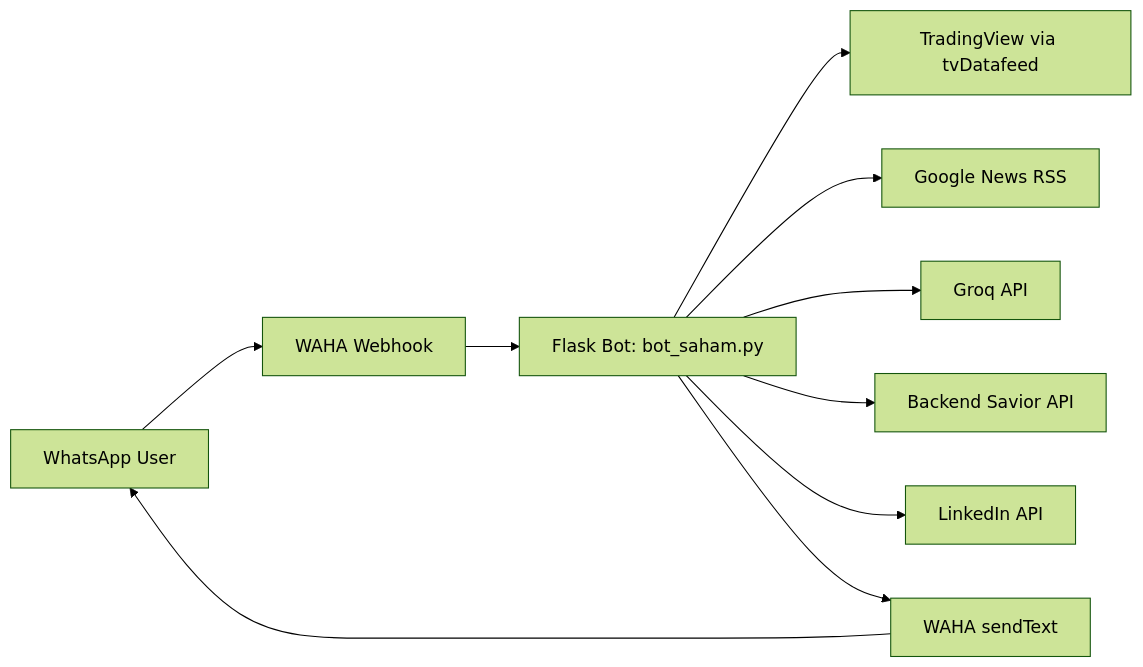
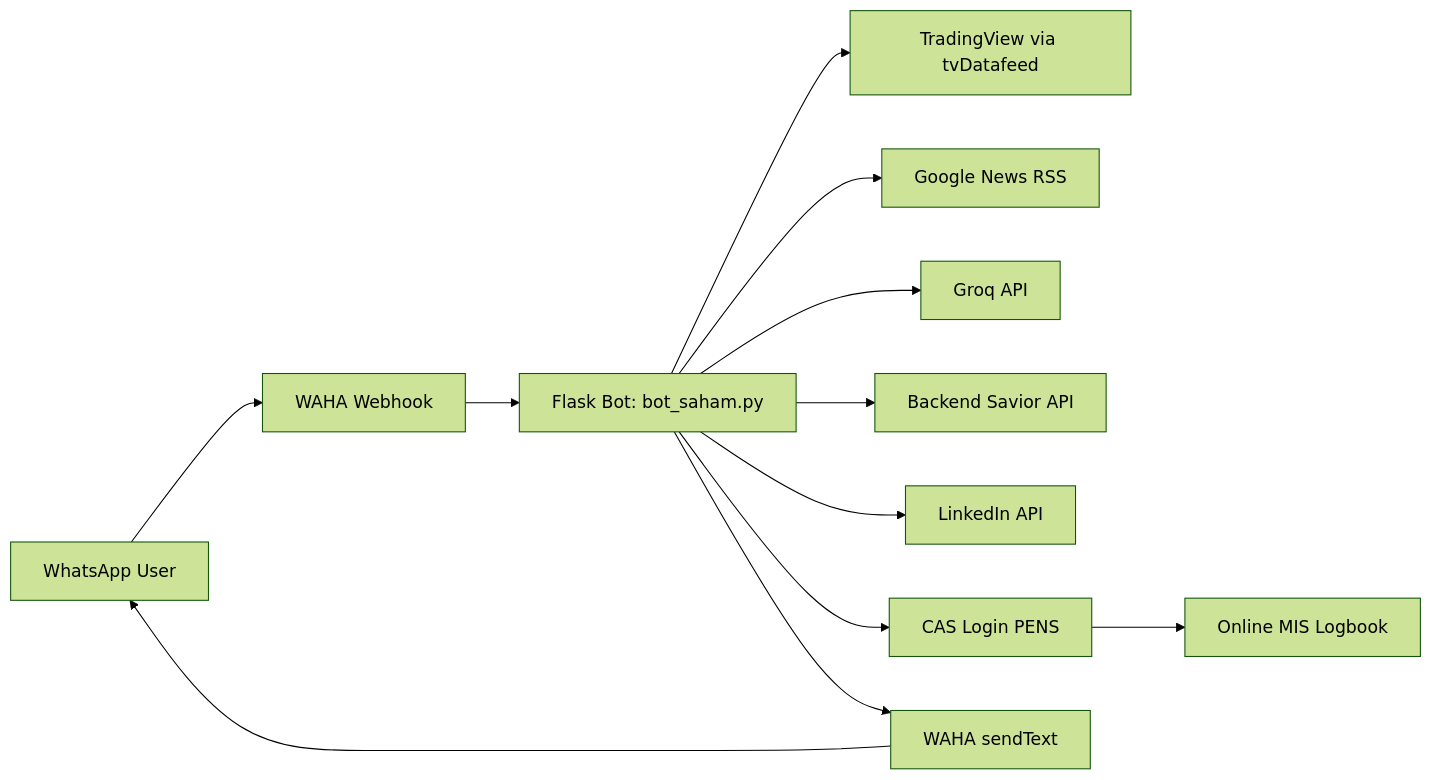
One commit to Syauqi-N/Bot_Saham changed the diagram in README.md. Above: the diagram before and after it, drawn with Mermaid (forest theme). The commit also changed other lines of this file and 7 other files, not shown here.

````diff
--- a/README.md
+++ b/README.md
@@ -42,14 +46,16 @@
 ```mermaid
 flowchart LR
     U[WhatsApp User] --> W[WAHA Webhook]
     W --> B[Flask Bot: bot_saham.py]
 
     B --> T[TradingView via tvDatafeed]
     B --> N[Google News RSS]
     B --> G[Groq API]
     B --> S[Backend Savior API]
     B --> L[LinkedIn API]
+    B --> C[CAS Login PENS]
+    C --> M[Online MIS Logbook]
 
     B --> R[WAHA sendText]
     R --> U
 ```
````
